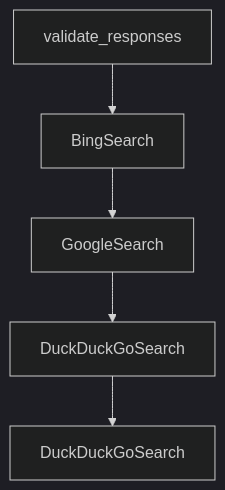
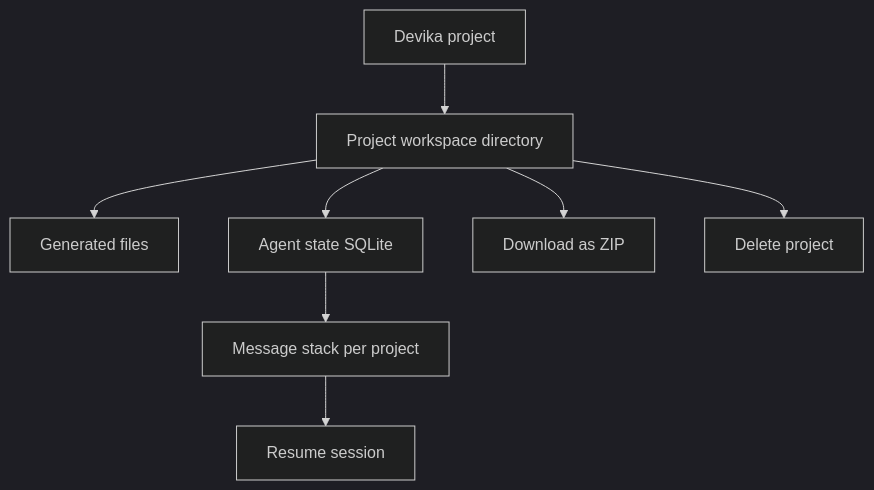
The diagram in tutorials/devika-tutorial/06-project-management-and-workspaces.md (johnxie/awesome-code-docs), drawn with Mermaid (dark theme) before and after one commit. The commit also changed other lines of this file and 1232 other files, not shown here.

````diff
--- a/tutorials/devika-tutorial/06-project-management-and-workspaces.md
+++ b/tutorials/devika-tutorial/06-project-management-and-workspaces.md
@@ -213,12 +44,10 @@
 ```mermaid
 flowchart TD
-    A[validate_responses]
-    B[BingSearch]
-    C[GoogleSearch]
-    D[DuckDuckGoSearch]
-    E[DuckDuckGoSearch]
-    A --> B
-    B --> C
-    C --> D
-    D --> E
+    A[Devika project] --> B[Project workspace directory]
+    B --> C[Generated files]
+    B --> D[Agent state SQLite]
+    D --> E[Message stack per project]
+    E --> F[Resume session]
+    B --> G[Download as ZIP]
+    B --> H[Delete project]
 ```
````
